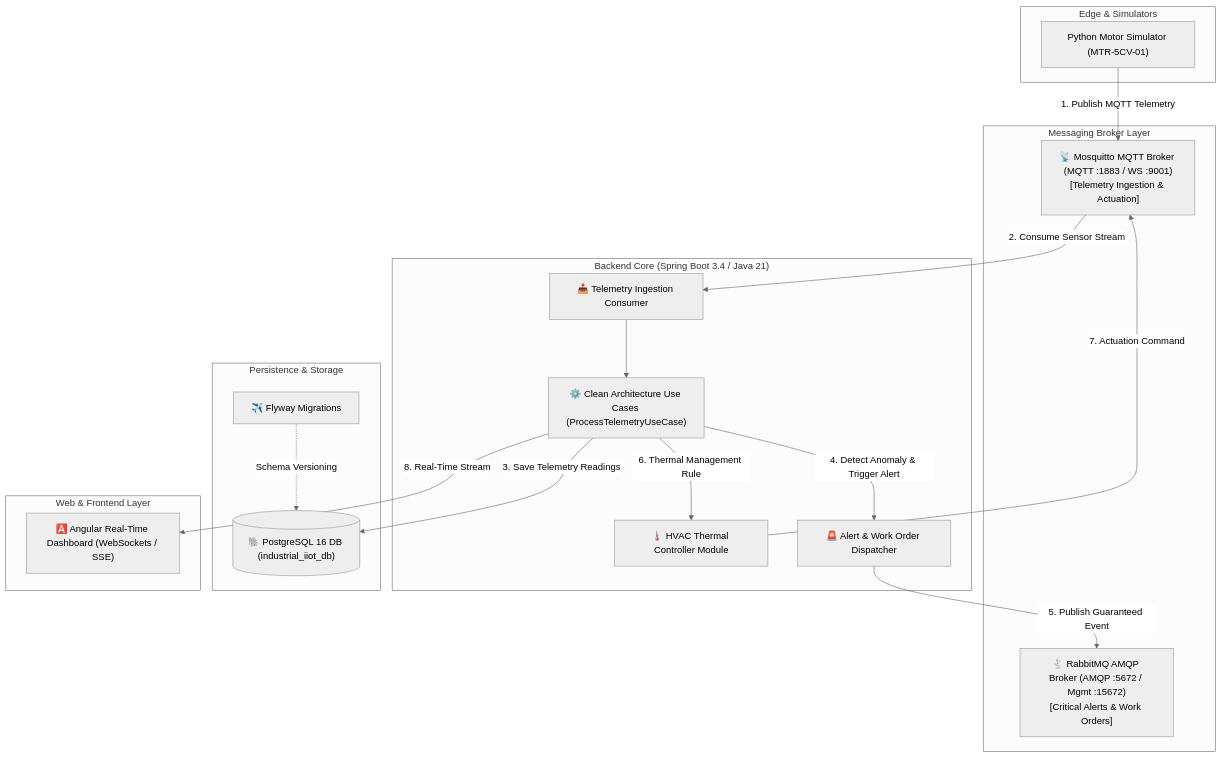
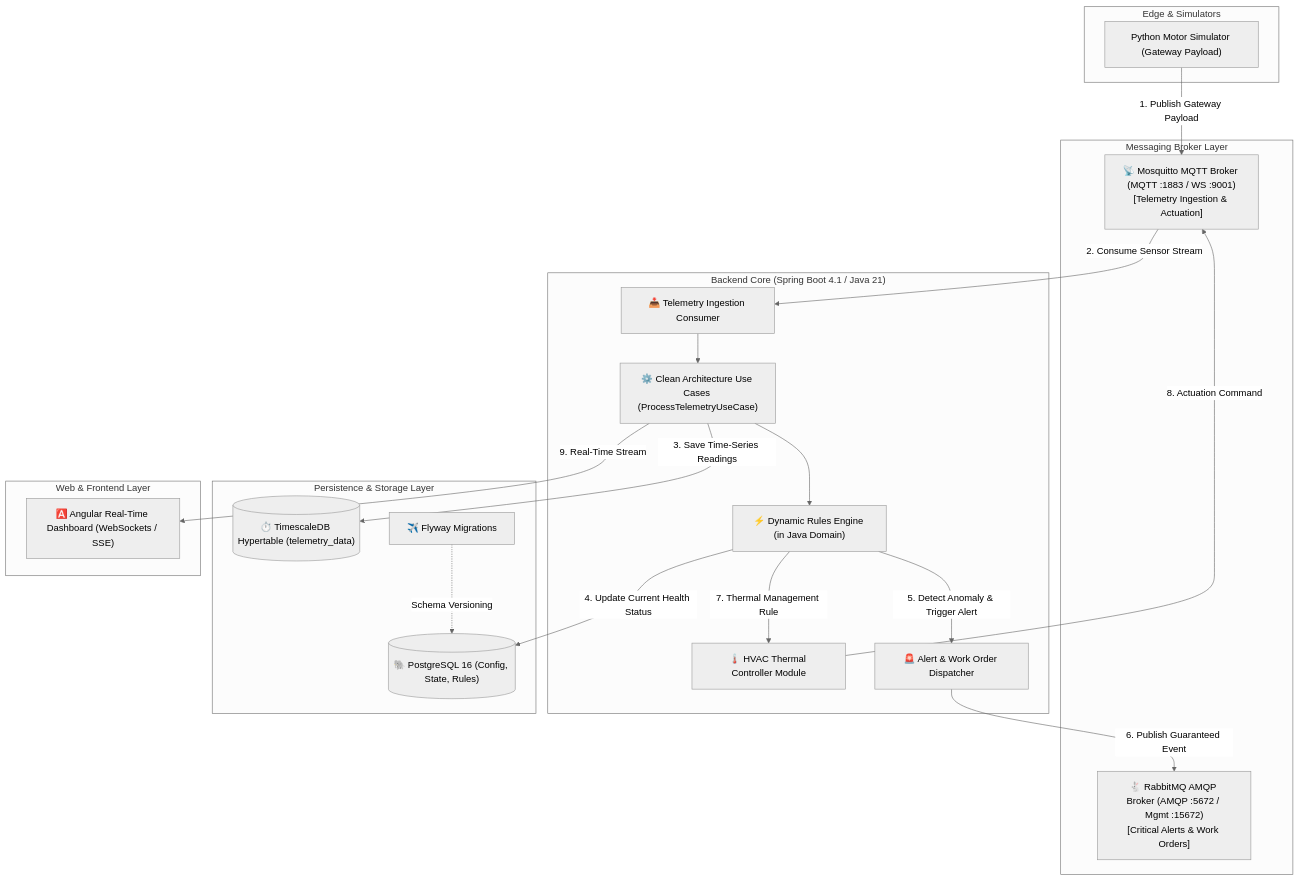
One commit to igorhgds/industrial-iot-backend changed the diagram in README.md. Above: the diagram before and after it, drawn with Mermaid (neutral theme). The commit also changed other lines of this file and 1 other file, not shown here.

Commit message:
docs(architecture): add TimescaleDB data tiering and hypertable documentation

````diff
--- a/README.md
+++ b/README.md
@@ -26,38 +31,42 @@
 ```mermaid
 graph TD
     subgraph edge_sim ["Edge & Simulators"]
-        MS["Python Motor Simulator (MTR-5CV-01)"]
+        MS["Python Motor Simulator (Gateway Payload)"]
     end
 
     subgraph msg_broker ["Messaging Broker Layer"]
         MQTT["📡 Mosquitto MQTT Broker (MQTT :1883 / WS :9001)<br/>[Telemetry Ingestion & Actuation]"]
         RMQ["🐇 RabbitMQ AMQP Broker (AMQP :5672 / Mgmt :15672)<br/>[Critical Alerts & Work Orders]"]
     end
 
-    subgraph backend_core ["Backend Core (Spring Boot 3.4 / Java 21)"]
+    subgraph backend_core ["Backend Core (Spring Boot 4.1 / Java 21)"]
         ING["📥 Telemetry Ingestion Consumer"]
         UC["⚙️ Clean Architecture Use Cases (ProcessTelemetryUseCase)"]
+        RULES["⚡ Dynamic Rules Engine (in Java Domain)"]
         HVAC["🌡️ HVAC Thermal Controller Module"]
         ALERT["🚨 Alert & Work Order Dispatcher"]
     end
 
-    subgraph persistence ["Persistence & Storage"]
-        PG[("🐘 PostgreSQL 16 DB (industrial_iiot_db)")]
+    subgraph persistence ["Persistence & Storage Layer"]
+        PG[("🐘 PostgreSQL 16 (Config, State, Rules)")]
+        TS[("⏱️ TimescaleDB Hypertable (telemetry_data)")]
         FLY["✈️ Flyway Migrations"]
     end
 
     subgraph frontend_layer ["Web & Frontend Layer"]
         ANG["🅰️ Angular Real-Time Dashboard (WebSockets / SSE)"]
     end
 
-    MS -->|1. Publish MQTT Telemetry| MQTT
+    MS -->|1. Publish Gateway Payload| MQTT
     MQTT -->|2. Consume Sensor Stream| ING
     ING --> UC
-    UC -->|3. Save Telemetry Readings| PG
+    UC -->|3. Save Time-Series Readings| TS
+    UC --> RULES
+    RULES -->|4. Update Current Health Status| PG
     FLY -.->|Schema Versioning| PG
-    UC -->|4. Detect Anomaly & Trigger Alert| ALERT
-    ALERT -->|5. Publish Guaranteed Event| RMQ
-    UC -->|6. Thermal Management Rule| HVAC
-    HVAC -->|7. Actuation Command| MQTT
-    UC -->|8. Real-Time Stream| ANG
+    RULES -->|5. Detect Anomaly & Trigger Alert| ALERT
+    ALERT -->|6. Publish Guaranteed Event| RMQ
+    RULES -->|7. Thermal Management Rule| HVAC
+    HVAC -->|8. Actuation Command| MQTT
+    UC -->|9. Real-Time Stream| ANG
 ```
````
